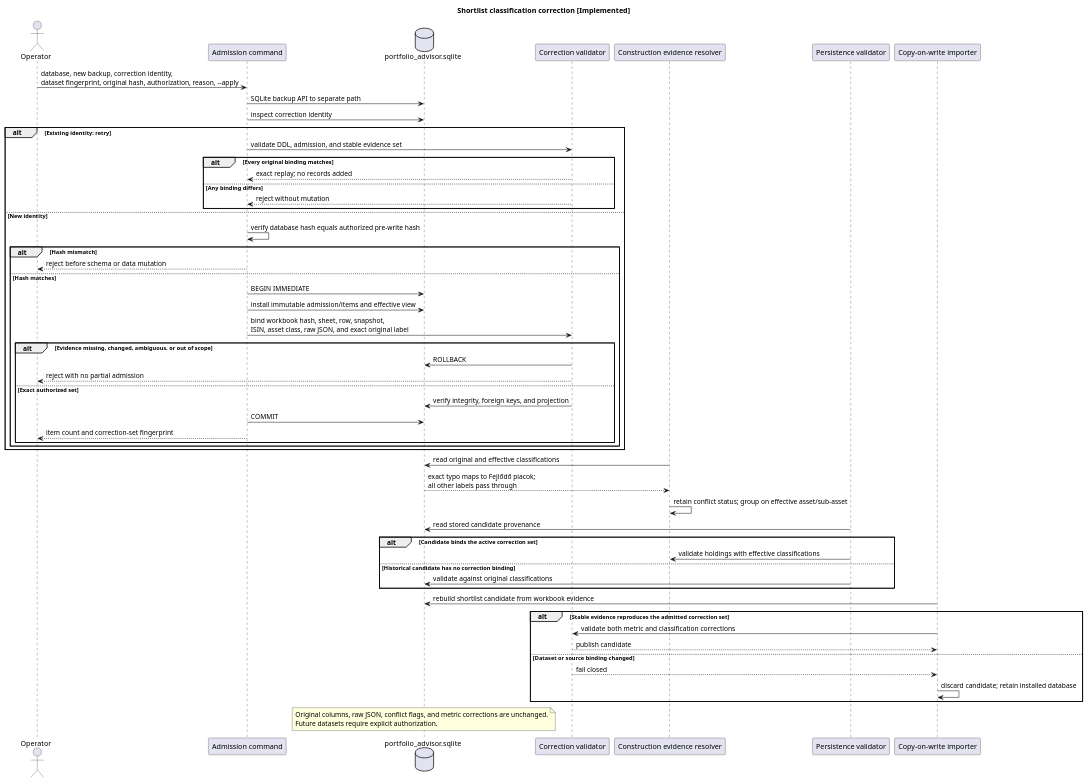
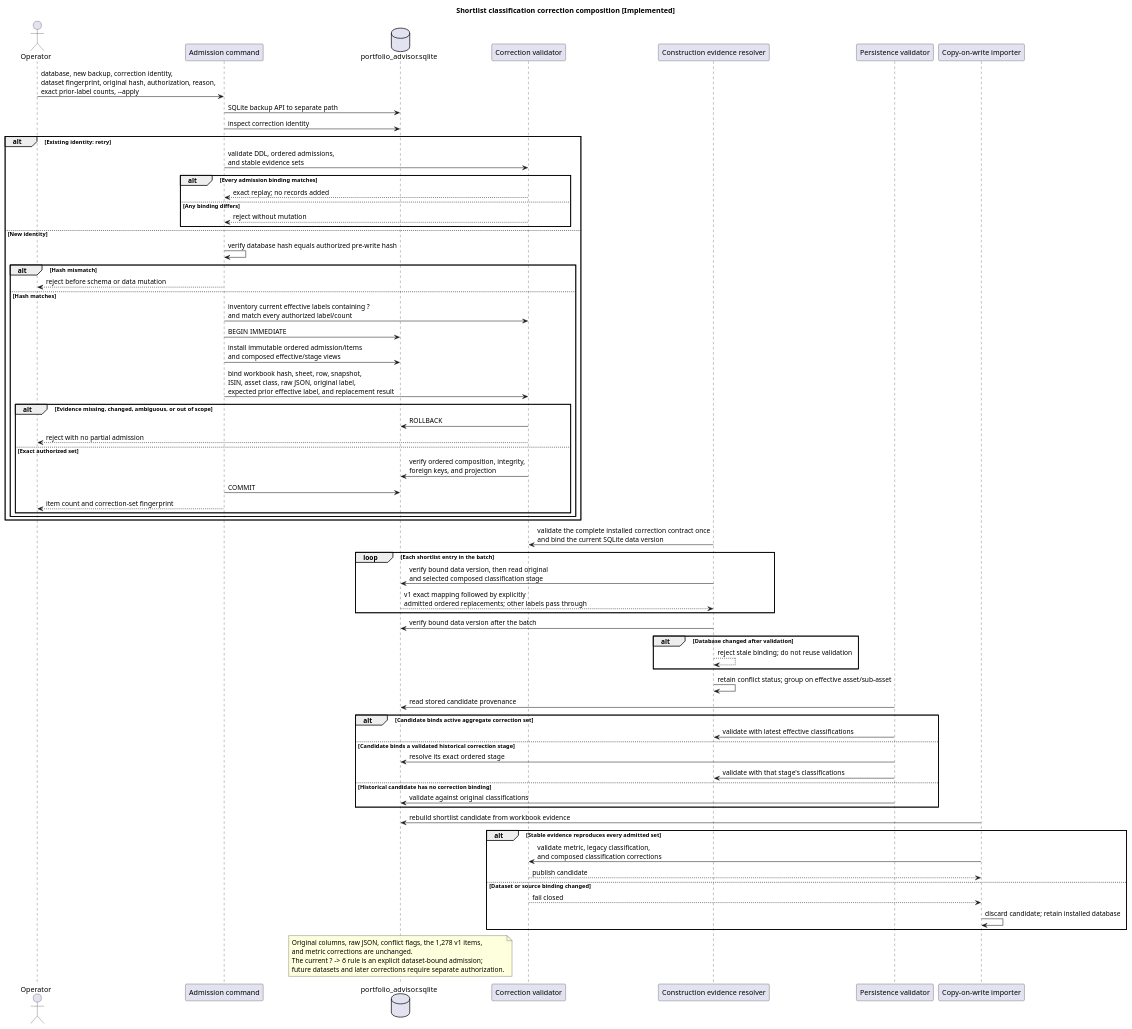
One commit to zolcsika71/portfolio_advisor changed the diagram in docs/diagrams/shortlist-classification-correction.puml. Above: the diagram before and after it, drawn with PlantUML. The commit also changed 13 other files, not shown here.

Commit message:
feat(database): compose authorized shortlist classification corrections

```diff
--- a/docs/diagrams/shortlist-classification-correction.puml
+++ b/docs/diagrams/shortlist-classification-correction.puml
@@ -1,73 +1,87 @@
 @startuml
 ' Status: Implemented
 ' Verified against: src/portfolio_advisor/database/migrations/shortlist_classification.py
+' Verified against: src/portfolio_advisor/database/migrations/shortlist_classification_composition.py
 ' Verified against: src/portfolio_advisor/database/migrations/shortlist_parallel.py
 ' Verified against: src/portfolio_advisor/construction/evidence.py
 ' Verified against: src/portfolio_advisor/construction/persistence.py
 ' Verified by: tests/test_shortlist_classification_corrections.py
-title Shortlist classification correction [Implemented]
+title Shortlist classification correction composition [Implemented]
 
 actor Operator
 participant "Admission command" as CLI
 database "portfolio_advisor.sqlite" as DB
 participant "Correction validator" as Validator
 participant "Construction evidence resolver" as Resolver
 participant "Persistence validator" as Persistence
 participant "Copy-on-write importer" as Importer
 
 box "Explicit operator write boundary" #FFF2CC
-Operator -> CLI: database, new backup, correction identity,\ndataset fingerprint, original hash, authorization, reason, --apply
+Operator -> CLI: database, new backup, correction identity,\ndataset fingerprint, original hash, authorization, reason,\nexact prior-label counts, --apply
 CLI -> DB: SQLite backup API to separate path
 CLI -> DB: inspect correction identity
 alt Existing identity: retry
-  CLI -> Validator: validate DDL, admission, and stable evidence set
-  alt Every original binding matches
+  CLI -> Validator: validate DDL, ordered admissions,\nand stable evidence sets
+  alt Every admission binding matches
     Validator --> CLI: exact replay; no records added
   else Any binding differs
     Validator --> CLI: reject without mutation
   end
 else New identity
   CLI -> CLI: verify database hash equals authorized pre-write hash
   alt Hash mismatch
     CLI --> Operator: reject before schema or data mutation
   else Hash matches
+    CLI -> Validator: inventory current effective labels containing ?\nand match every authorized label/count
     CLI -> DB: BEGIN IMMEDIATE
-    CLI -> DB: install immutable admission/items and effective view
-    CLI -> Validator: bind workbook hash, sheet, row, snapshot,\nISIN, asset class, raw JSON, and exact original label
+    CLI -> DB: install immutable ordered admission/items\nand composed effective/stage views
+    CLI -> Validator: bind workbook hash, sheet, row, snapshot,\nISIN, asset class, raw JSON, original label,\nexpected prior effective label, and replacement result
     alt Evidence missing, changed, ambiguous, or out of scope
       Validator -> DB: ROLLBACK
       Validator --> Operator: reject with no partial admission
     else Exact authorized set
-      Validator -> DB: verify integrity, foreign keys, and projection
+      Validator -> DB: verify ordered composition, integrity,\nforeign keys, and projection
       CLI -> DB: COMMIT
       CLI --> Operator: item count and correction-set fingerprint
     end
   end
 end
 end box
 
-Resolver -> DB: read original and effective classifications
-DB --> Resolver: exact typo maps to Fejlődő piacok;\nall other labels pass through
+Resolver -> Validator: validate the complete installed correction contract once\nand bind the current SQLite data version
+loop Each shortlist entry in the batch
+  Resolver -> DB: verify bound data version, then read original\nand selected composed classification stage
+  DB --> Resolver: v1 exact mapping followed by explicitly\nadmitted ordered replacements; other labels pass through
+end
+Resolver -> DB: verify bound data version after the batch
+alt Database changed after validation
+  Resolver --> Resolver: reject stale binding; do not reuse validation
+end
 Resolver -> Resolver: retain conflict status; group on effective asset/sub-asset
 
 Persistence -> DB: read stored candidate provenance
-alt Candidate binds the active correction set
-  Persistence -> Resolver: validate holdings with effective classifications
+alt Candidate binds active aggregate correction set
+  Persistence -> Resolver: validate with latest effective classifications
+else Candidate binds a validated historical correction stage
+  Persistence -> DB: resolve its exact ordered stage
+  Persistence -> Resolver: validate with that stage's classifications
 else Historical candidate has no correction binding
   Persistence -> DB: validate against original classifications
 end
 
 Importer -> DB: rebuild shortlist candidate from workbook evidence
-alt Stable evidence reproduces the admitted correction set
-  Importer -> Validator: validate both metric and classification corrections
+alt Stable evidence reproduces every admitted set
+  Importer -> Validator: validate metric, legacy classification,\nand composed classification corrections
   Validator --> Importer: publish candidate
 else Dataset or source binding changed
   Validator --> Importer: fail closed
   Importer -> Importer: discard candidate; retain installed database
 end
 
 note over DB
-Original columns, raw JSON, conflict flags, and metric corrections are unchanged.
-Future datasets require explicit authorization.
+Original columns, raw JSON, conflict flags, the 1,278 v1 items,
+and metric corrections are unchanged.
+The current ? -> ő rule is an explicit dataset-bound admission;
+future datasets and later corrections require separate authorization.
 end note
 @enduml
```
